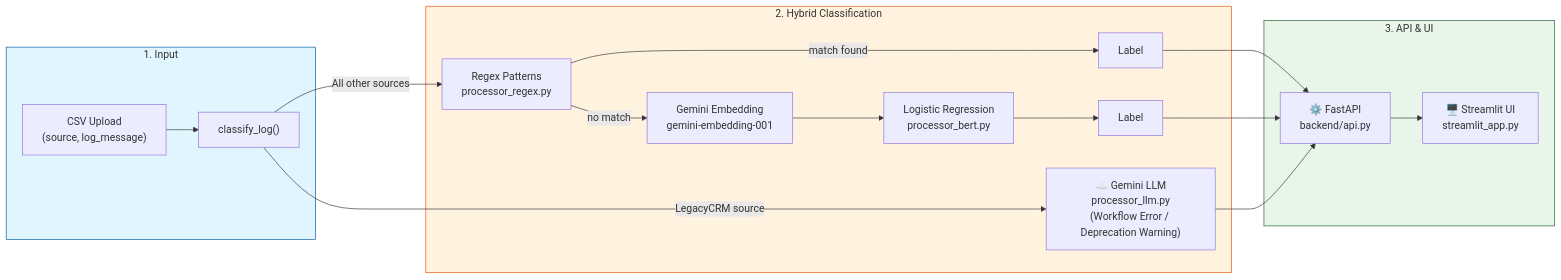
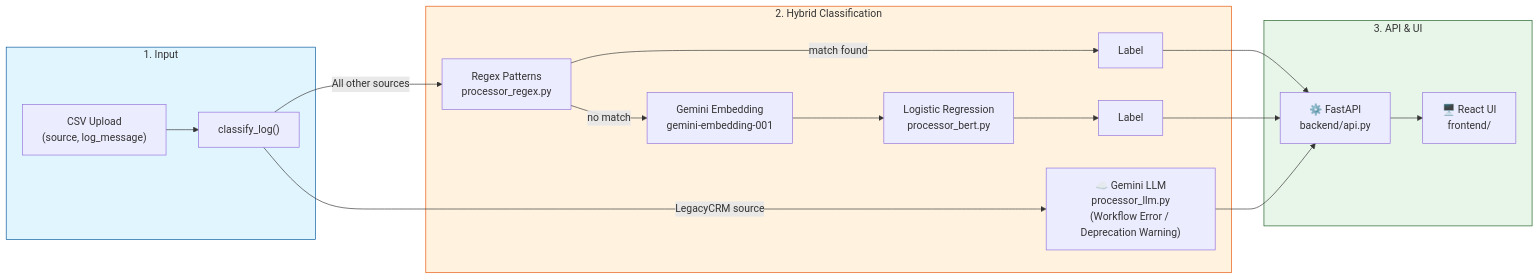
Before and after one commit to VIVPM/log-classification-system: the diagram in README.md, drawn with Mermaid. The commit also changed other lines of this file and 2 other files, not shown here.

Commit message:
removed streamlit app

````diff
--- a/README.md
+++ b/README.md
@@ -7,24 +7,24 @@
 ```mermaid
 graph LR
     subgraph Input [1. Input]
         CSV["CSV Upload<br>(source, log_message)"] --> Router["classify_log()"]
     end
 
     subgraph Classification [2. Hybrid Classification]
         Router -->|LegacyCRM source| LLM["☁️ Gemini LLM<br>processor_llm.py<br>(Workflow Error / Deprecation Warning)"]
         Router -->|All other sources| Regex["Regex Patterns<br>processor_regex.py"]
         Regex -->|match found| Label1["Label"]
         Regex -->|no match| Embed["Gemini Embedding<br>gemini-embedding-001"]
         Embed --> LR["Logistic Regression<br>processor_bert.py"]
         LR --> Label2["Label"]
     end
 
     subgraph Serving [3. API & UI]
         Label1 & Label2 & LLM --> API["⚙️ FastAPI<br>backend/api.py"]
-        API --> UI["🖥️ Streamlit UI<br>streamlit_app.py"]
+        API --> UI["🖥️ React UI<br>frontend/"]
     end
 
     style Input fill:#e1f5fe,stroke:#01579b
     style Classification fill:#fff3e0,stroke:#e65100
     style Serving fill:#e8f5e9,stroke:#1b5e20
 ```
````
